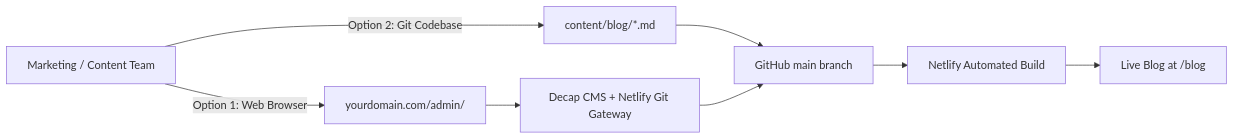
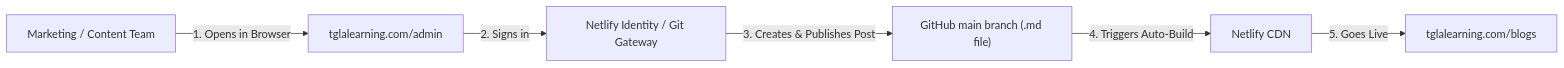
One commit to dharuv-20/GLA- changed the diagram in HANDOVER_AND_SOP.md. Above: the diagram before and after it, drawn with Mermaid. The commit also changed other lines of this file, not shown here.

Commit message:
docs: finalize handover document with production domain https://tglalearning.com and /blogs route

````diff
--- a/HANDOVER_AND_SOP.md
+++ b/HANDOVER_AND_SOP.md
@@ -103,10 +79,8 @@
 ```mermaid
 flowchart LR
-    A["Marketing / Content Team"] -->|"Option 1: Web Browser"| B["yourdomain.com/admin/"]
-    A -->|"Option 2: Git Codebase"| C["content/blog/*.md"]
-    B --> D["Decap CMS + Netlify Git Gateway"]
-    C --> E["GitHub main branch"]
-    D --> E
-    E --> F["Netlify Automated Build"]
-    F --> G["Live Blog at /blog"]
+    A["Marketing / Content Team"] -->|"1. Opens in Browser"| B["tglalearning.com/admin"]
+    B -->|"2. Signs in"| C["Netlify Identity / Git Gateway"]
+    C -->|"3. Creates & Publishes Post"| D["GitHub main branch (.md file)"]
+    D -->|"4. Triggers Auto-Build"| E["Netlify CDN"]
+    E -->|"5. Goes Live"| F["tglalearning.com/blogs"]
 ```
````
